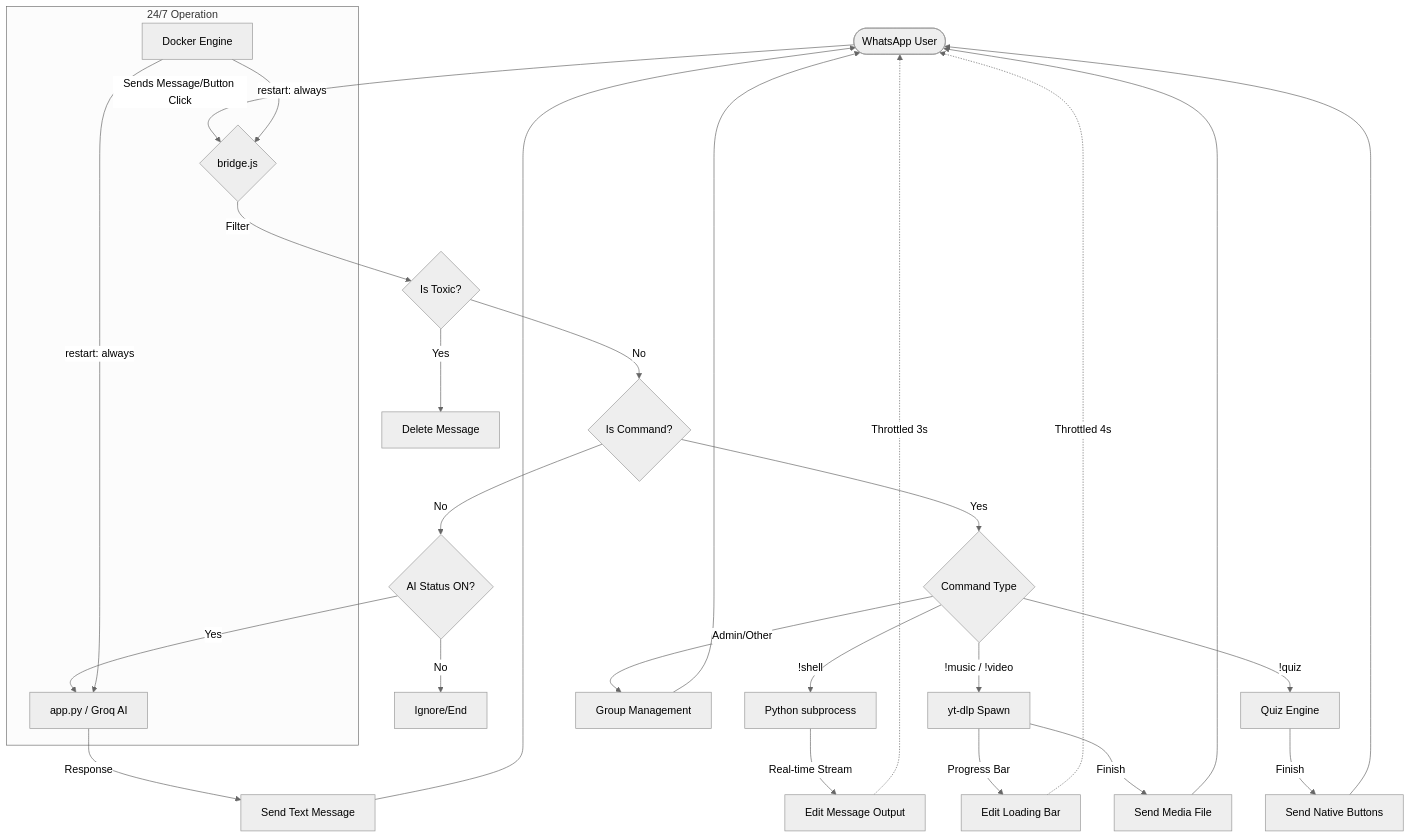
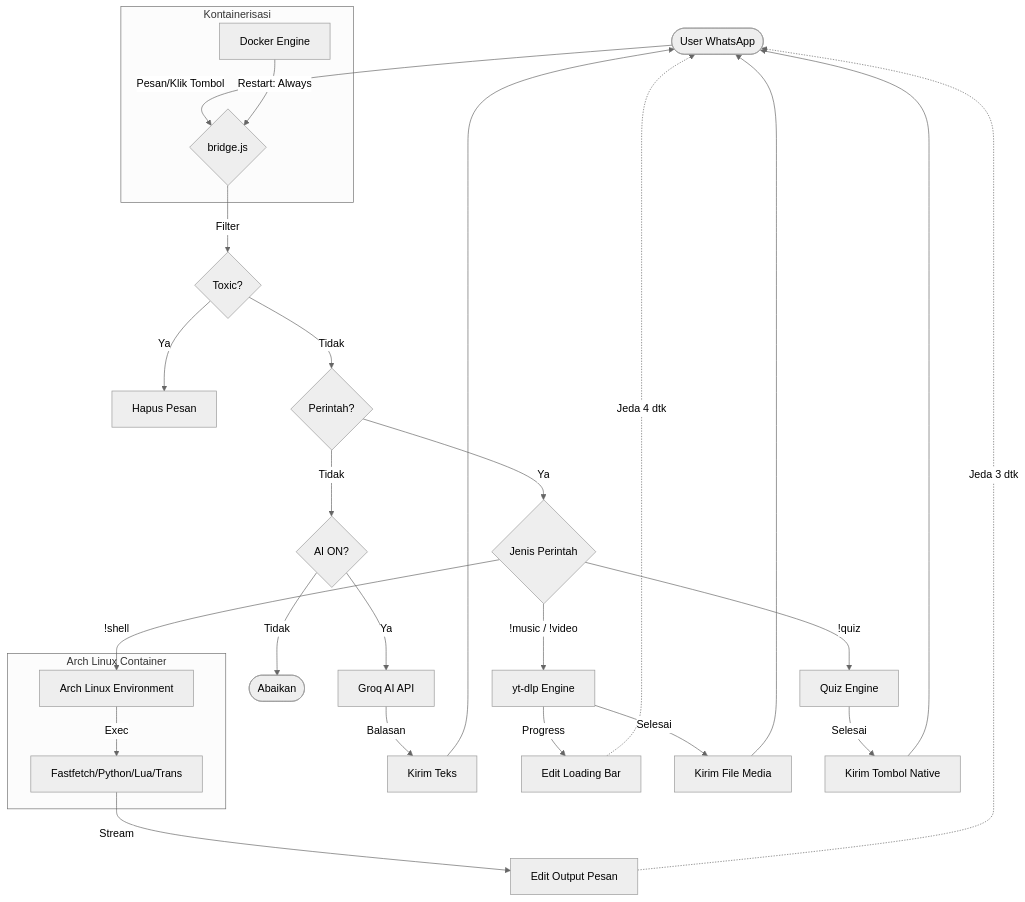
The diagram in README.md (Danta23/Belinda_AI), drawn with Mermaid (neutral theme) before and after one commit. The commit also changed other lines of this file and 4 other files, not shown here.

````diff
--- a/README.md
+++ b/README.md
@@ -41,42 +22,41 @@
 ```mermaid
 graph TD
-    User([WhatsApp User]) -->|Sends Message/Button Click| Bridge{bridge.js}
+    User([User WhatsApp]) -->|Pesan/Klik Tombol| Bridge{bridge.js}
     
-    %% Filter Logic
-    Bridge -->|Filter| Toxic{Is Toxic?}
-    Toxic -->|Yes| Delete[Delete Message]
-    Toxic -->|No| CmdCheck{Is Command?}
+    %% Filter & Command Check
+    Bridge -->|Filter| Toxic{Toxic?}
+    Toxic -->|Ya| Delete[Hapus Pesan]
+    Toxic -->|Tidak| CmdCheck{Perintah?}
 
-    %% AI Logic
-    CmdCheck -->|No| AIStatus{AI Status ON?}
-    AIStatus -->|Yes| Flask[app.py / Groq AI]
-    Flask -->|Response| SendMsg[Send Text Message]
-    SendMsg --> User
-    AIStatus -->|No| Ignore[Ignore/End]
+    %% Jalur AI
+    CmdCheck -->|Tidak| AIStatus{AI ON?}
+    AIStatus -->|Ya| Groq[Groq AI API]
+    Groq -->|Balasan| SendText[Kirim Teks]
+    SendText --> User
+    AIStatus -->|Tidak| End([Abaikan])
 
-    %% Command Logic
-    CmdCheck -->|Yes| Dispatcher{Command Type}
+    %% Jalur Perintah
+    CmdCheck -->|Ya| Type{Jenis Perintah}
     
-    Dispatcher -->|!shell| Shell[Python subprocess]
-    Shell -->|Real-time Stream| EditShell[Edit Message Output]
-    EditShell -.->|Throttled 3s| User
+    Type -->|!shell| Shell[Arch Linux Environment]
+    subgraph Arch Linux Container
+        Shell -->|Exec| Tools[Fastfetch/Python/Lua/Trans]
+    end
+    Tools -->|Stream| EditShell[Edit Output Pesan]
+    EditShell -.->|Jeda 3 dtk| User
 
-    Dispatcher -->|!music / !video| YTDLP[yt-dlp Spawn]
-    YTDLP -->|Progress Bar| EditDL[Edit Loading Bar]
-    EditDL -.->|Throttled 4s| User
-    YTDLP -->|Finish| SendMedia[Send Media File]
-    SendMedia --> User
+    Type -->|!music / !video| YTDLP[yt-dlp Engine]
+    YTDLP -->|Progress| Loading[Edit Loading Bar]
+    Loading -.->|Jeda 4 dtk| User
+    YTDLP -->|Selesai| Media[Kirim File Media]
+    Media --> User
 
-    Dispatcher -->|!quiz| Quiz[Quiz Engine]
-    Quiz -->|Finish| NativeBtn[Send Native Buttons]
-    NativeBtn --> User
-    
-    Dispatcher -->|Admin/Other| Admin[Group Management]
-    Admin --> User
+    Type -->|!quiz| Quiz[Quiz Engine]
+    Quiz -->|Selesai| Buttons[Kirim Tombol Native]
+    Buttons --> User
 
-    %% Docker Cycle
-    subgraph 24/7 Operation
-        Docker[Docker Engine] -->|restart: always| Bridge
-        Docker -->|restart: always| Flask
+    %% Docker Restart Logic
+    subgraph Kontainerisasi
+        Docker[Docker Engine] -->|Restart: Always| Bridge
     end
 ```
````
